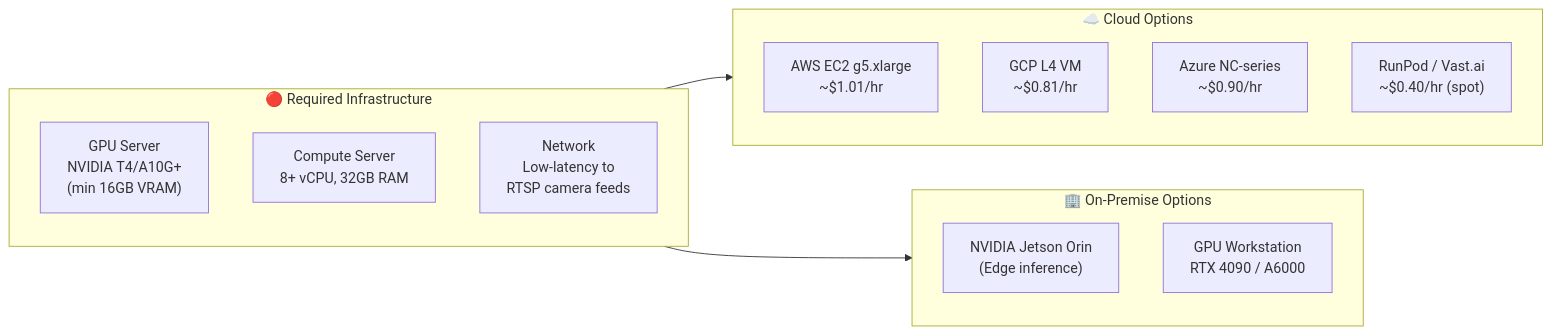
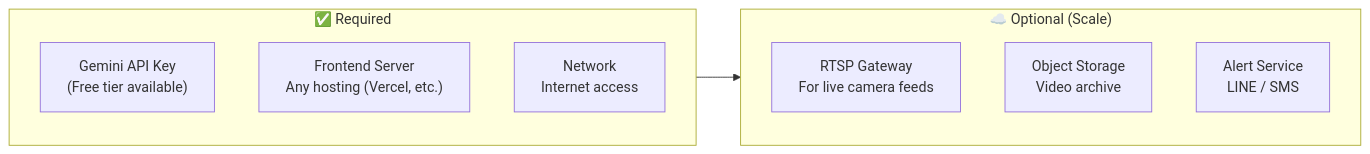
The third of 5 diagrams in README.md (Panitan-K/Scamtir), drawn with Mermaid before and after one commit. The commit also changed other lines of this file and 8 other files, not shown here.

First line of the commit message:
feat: transition to Gemini File API for video analysis and major UI/UX overhaul

````diff
--- a/README.md
+++ b/README.md
@@ -134,23 +127,16 @@
 ```mermaid
 graph LR
-    subgraph Required["🔴 Required Infrastructure"]
-        G["GPU Server<br/>NVIDIA T4/A10G+<br/>(min 16GB VRAM)"]
-        C["Compute Server<br/>8+ vCPU, 32GB RAM"]
-        N["Network<br/>Low-latency to<br/>RTSP camera feeds"]
+    subgraph Required["✅ Required"]
+        API["Gemini API Key<br/>(Free tier available)"]
+        FE["Frontend Server<br/>Any hosting (Vercel, etc.)"]
+        N["Network<br/>Internet access"]
     end
 
-    subgraph Cloud["☁️ Cloud Options"]
-        AWS["AWS EC2 g5.xlarge<br/>~$1.01/hr"]
-        GCP["GCP L4 VM<br/>~$0.81/hr"]
-        AZ["Azure NC-series<br/>~$0.90/hr"]
-        RUN["RunPod / Vast.ai<br/>~$0.40/hr (spot)"]
+    subgraph Optional["☁️ Optional (Scale)"]
+        RTSP["RTSP Gateway<br/>For live camera feeds"]
+        S3["Object Storage<br/>Video archive"]
+        ALERT["Alert Service<br/>LINE / SMS"]
     end
 
-    subgraph OnPrem["🏢 On-Premise Options"]
-        JET["NVIDIA Jetson Orin<br/>(Edge inference)"]
-        WS["GPU Workstation<br/>RTX 4090 / A6000"]
-    end
-
-    Required --> Cloud
-    Required --> OnPrem
+    Required --> Optional
 ```
````
